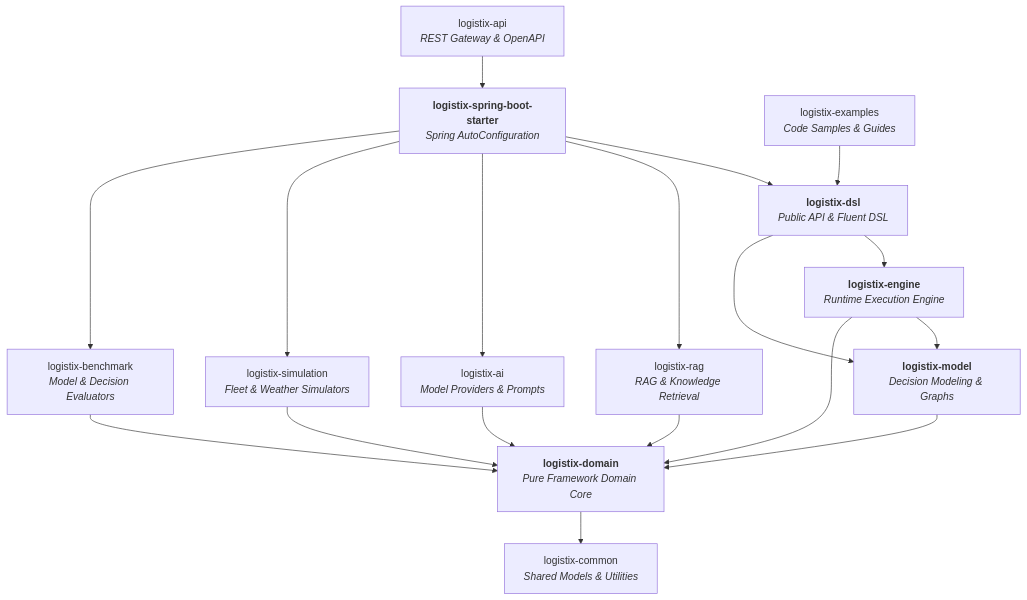
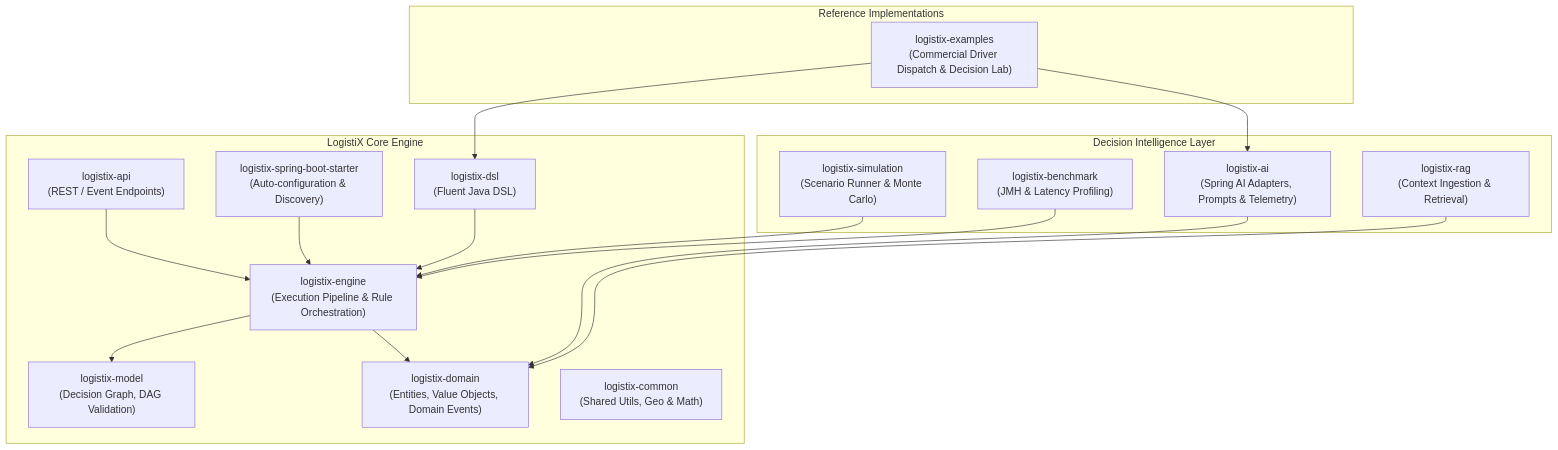
One commit to venukommu/LogistiX changed the first of 4 diagrams in architecture/ARCHITECTURE.md. Above: the diagram before and after it, drawn with Mermaid. The commit also changed other lines of this file and 12 other files, not shown here.

Commit message:
feat(lab): harden Decision Lab evidence, AI contextual scenario, and reporting (Sprint 8.1)

````diff
--- a/architecture/ARCHITECTURE.md
+++ b/architecture/ARCHITECTURE.md
@@ -87,25 +5,35 @@
 ```mermaid
-graph TD
-    api[logistix-api<br/><i>REST Gateway & OpenAPI</i>] --> starter[<b>logistix-spring-boot-starter</b><br/><i>Spring AutoConfiguration</i>]
-    starter --> dsl[<b>logistix-dsl</b><br/><i>Public API & Fluent DSL</i>]
-    examples[logistix-examples<br/><i>Code Samples & Guides</i>] --> dsl
-    
-    dsl --> engine[<b>logistix-engine</b><br/><i>Runtime Execution Engine</i>]
-    dsl --> model[<b>logistix-model</b><br/><i>Decision Modeling & Graphs</i>]
-    engine --> model
-    
-    engine --> domain[<b>logistix-domain</b><br/><i>Pure Framework Domain Core</i>]
-    model --> domain
-    
-    starter --> rag[logistix-rag<br/><i>RAG & Knowledge Retrieval</i>]
-    starter --> ai[logistix-ai<br/><i>Model Providers & Prompts</i>]
-    starter --> sim[logistix-simulation<br/><i>Fleet & Weather Simulators</i>]
-    starter --> bm[logistix-benchmark<br/><i>Model & Decision Evaluators</i>]
-    
-    rag --> domain
-    ai --> domain
-    sim --> domain
-    bm --> domain
-    
-    domain --> common[logistix-common<br/><i>Shared Models & Utilities</i>]
+flowchart TB
+    subgraph Core ["LogistiX Core Engine"]
+        API["logistix-api<br/>(REST / Event Endpoints)"]
+        STARTER["logistix-spring-boot-starter<br/>(Auto-configuration & Discovery)"]
+        ENGINE["logistix-engine<br/>(Execution Pipeline & Rule Orchestration)"]
+        DSL["logistix-dsl<br/>(Fluent Java DSL)"]
+        MODEL["logistix-model<br/>(Decision Graph, DAG Validation)"]
+        DOMAIN["logistix-domain<br/>(Entities, Value Objects, Domain Events)"]
+        COMMON["logistix-common<br/>(Shared Utils, Geo & Math)"]
+    end
+
+    subgraph Intelligence ["Decision Intelligence Layer"]
+        AI["logistix-ai<br/>(Spring AI Adapters, Prompts & Telemetry)"]
+        RAG["logistix-rag<br/>(Context Ingestion & Retrieval)"]
+        SIM["logistix-simulation<br/>(Scenario Runner & Monte Carlo)"]
+        BENCH["logistix-benchmark<br/>(JMH & Latency Profiling)"]
+    end
+
+    subgraph Solutions ["Reference Implementations"]
+        EXAMPLES["logistix-examples<br/>(Commercial Driver Dispatch & Decision Lab)"]
+    end
+
+    API --> ENGINE
+    STARTER --> ENGINE
+    ENGINE --> MODEL
+    ENGINE --> DOMAIN
+    DSL --> ENGINE
+    AI --> DOMAIN
+    RAG --> DOMAIN
+    SIM --> ENGINE
+    BENCH --> ENGINE
+    EXAMPLES --> DSL
+    EXAMPLES --> AI
 ```
````
